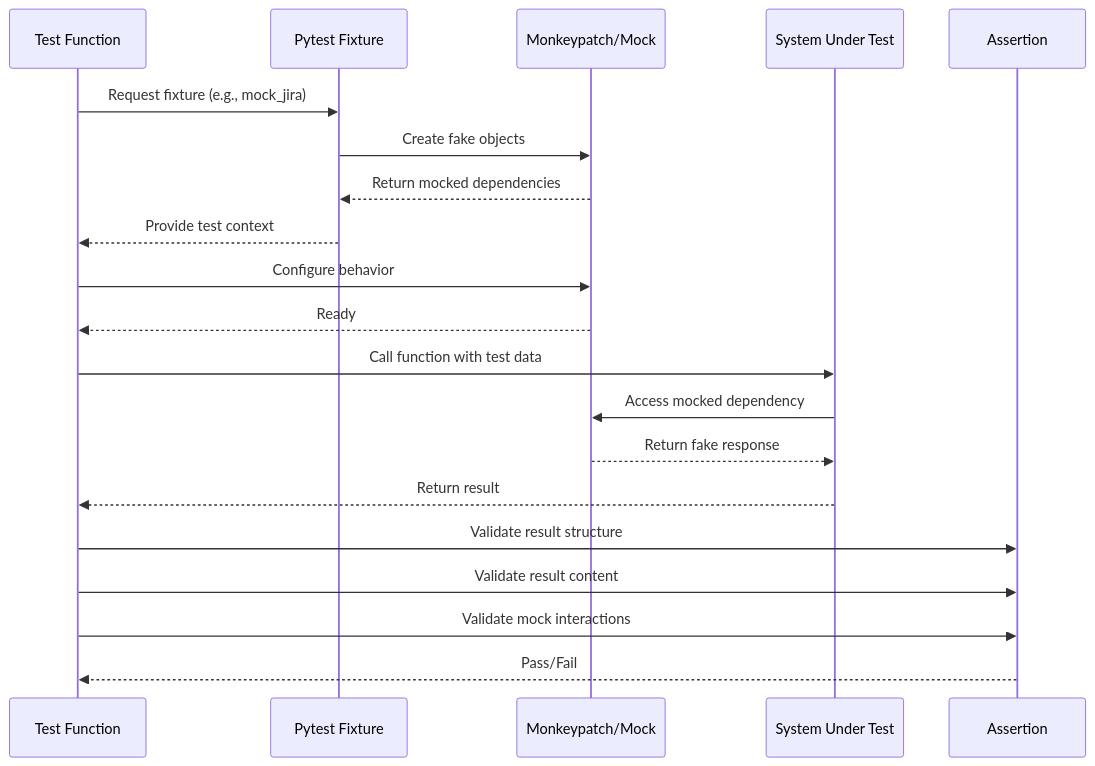
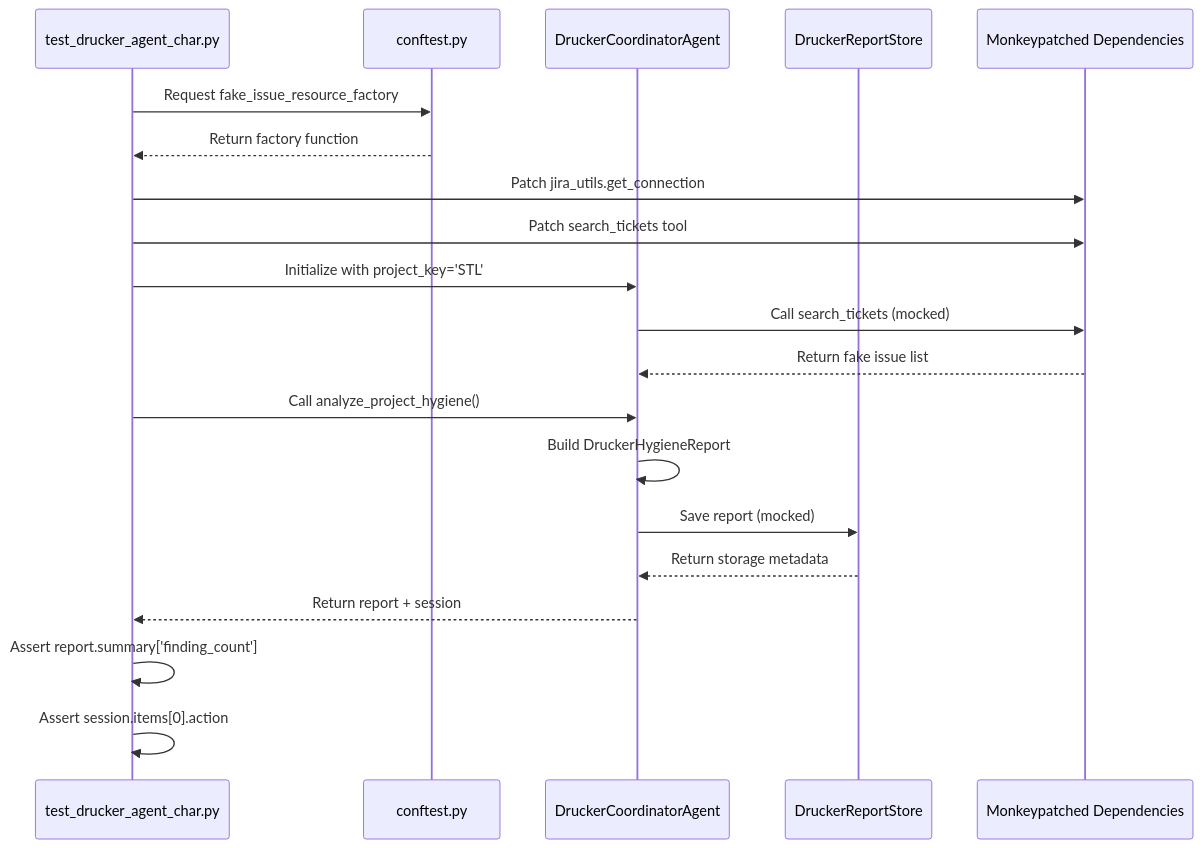
The second of 4 diagrams in docs/tests.md (jmac-cornelis/agent-workforce), drawn with Mermaid before and after one commit. The commit also changed other lines of this file and 5 other files, not shown here.

````diff
--- a/docs/tests.md
+++ b/docs/tests.md
@@ -89,26 +65,23 @@
 ```mermaid
 sequenceDiagram
-    participant Test as Test Function
-    participant Fixture as Pytest Fixture
-    participant Mock as Monkeypatch/Mock
-    participant SUT as System Under Test
-    participant Assert as Assertion
-
-    Test->>Fixture: Request fixture (e.g., mock_jira)
-    Fixture->>Mock: Create fake objects
-    Mock-->>Fixture: Return mocked dependencies
-    Fixture-->>Test: Provide test context
+    participant Test as test_drucker_agent_char.py
+    participant Fixture as conftest.py
+    participant Agent as DruckerCoordinatorAgent
+    participant Store as DruckerReportStore
+    participant Mock as Monkeypatched Dependencies
     
-    Test->>Mock: Configure behavior
-    Mock-->>Test: Ready
-    
-    Test->>SUT: Call function with test data
-    SUT->>Mock: Access mocked dependency
-    Mock-->>SUT: Return fake response
-    SUT-->>Test: Return result
-    
-    Test->>Assert: Validate result structure
-    Test->>Assert: Validate result content
-    Test->>Assert: Validate mock interactions
-    Assert-->>Test: Pass/Fail
+    Test->>Fixture: Request fake_issue_resource_factory
+    Fixture-->>Test: Return factory function
+    Test->>Mock: Patch jira_utils.get_connection
+    Test->>Mock: Patch search_tickets tool
+    Test->>Agent: Initialize with project_key='STL'
+    Agent->>Mock: Call search_tickets (mocked)
+    Mock-->>Agent: Return fake issue list
+    Test->>Agent: Call analyze_project_hygiene()
+    Agent->>Agent: Build DruckerHygieneReport
+    Agent->>Store: Save report (mocked)
+    Store-->>Agent: Return storage metadata
+    Agent-->>Test: Return report + session
+    Test->>Test: Assert report.summary['finding_count']
+    Test->>Test: Assert session.items[0].action
 ```
````
